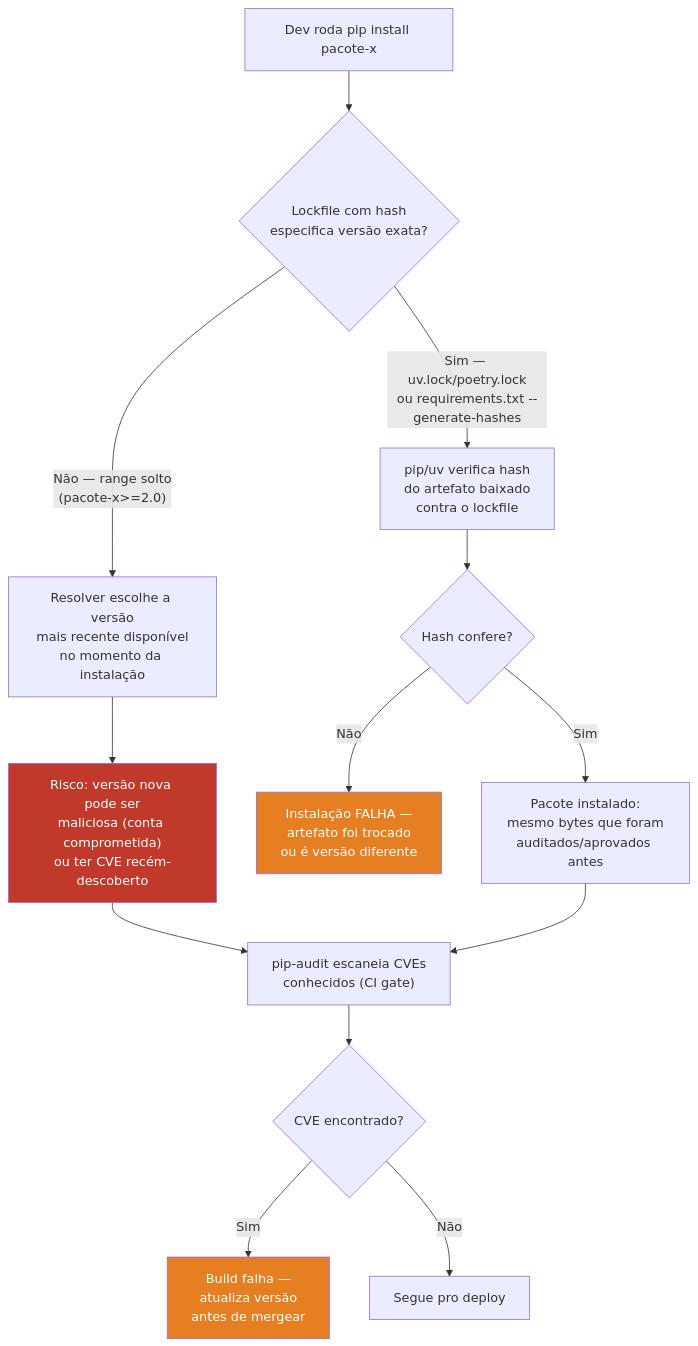
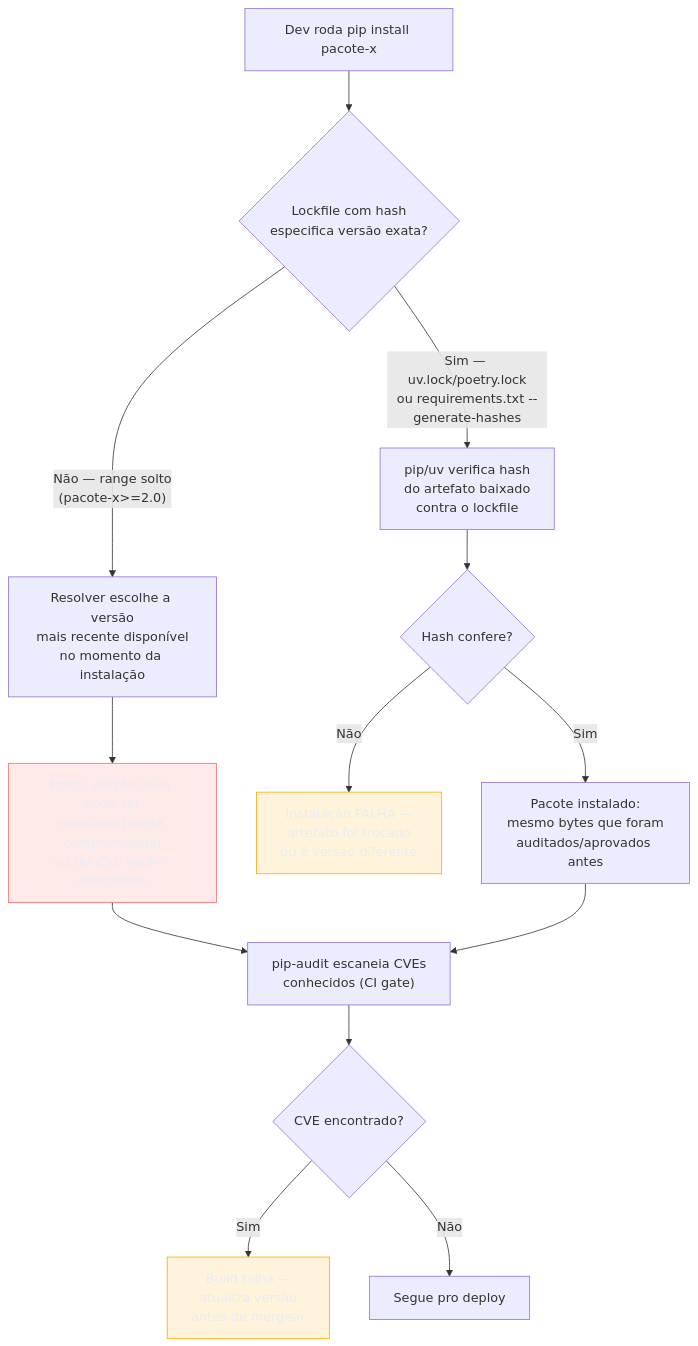
The diagram in 03-Dominios/Tecnologia/Python/Segurança/07 - Segurança de dependências e supply chain.md (josenaldo/codex-technomanticus), drawn with Mermaid before and after one commit. The commit also changed 1181 other files, not shown here.

First line of the commit message:
fix(diagramas): paleta do sistema no lugar de cor cravada no markdown

````diff
--- a/03-Dominios/Tecnologia/Python/Segurança/07 - Segurança de dependências e supply chain.md
+++ b/03-Dominios/Tecnologia/Python/Segurança/07 - Segurança de dependências e supply chain.md
@@ -41,19 +41,21 @@
 ```mermaid
 flowchart TD
+    classDef falha fill:#FF6B6B24,stroke:#FF6B6B,color:#E9ECF2
+    classDef destaque fill:#FFAA0024,stroke:#FFAA00,color:#E9ECF2
     A["Dev roda pip install pacote-x"] --> B{"Lockfile com hash\nespecifica versão exata?"}
     B -->|"Não — range solto\n(pacote-x>=2.0)"| C["Resolver escolhe a versão\nmais recente disponível\nno momento da instalação"]
     C --> D["Risco: versão nova pode ser\nmaliciosa (conta comprometida)\nou ter CVE recém-descoberto"]
     B -->|"Sim — uv.lock/poetry.lock\nou requirements.txt --generate-hashes"| E["pip/uv verifica hash\ndo artefato baixado\ncontra o lockfile"]
     E --> F{"Hash confere?"}
     F -->|"Não"| G["Instalação FALHA —\nartefato foi trocado\nou é versão diferente"]
     F -->|"Sim"| H["Pacote instalado:\nmesmo bytes que foram\nauditados/aprovados antes"]
     D --> I["pip-audit escaneia CVEs\nconhecidos (CI gate)"]
     H --> I
     I --> J{"CVE encontrado?"}
     J -->|"Sim"| K["Build falha —\natualiza versão\nantes de mergear"]
     J -->|"Não"| L["Segue pro deploy"]
 
-    style D fill:#c0392b,color:#fff
-    style G fill:#e67e22,color:#fff
-    style K fill:#e67e22,color:#fff
+    class D falha
+    class G destaque
+    class K destaque
 ```
````
